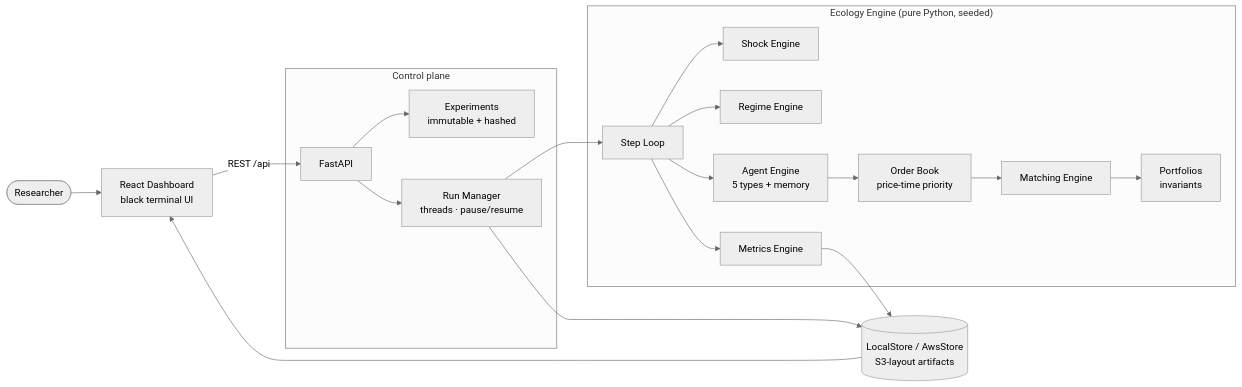
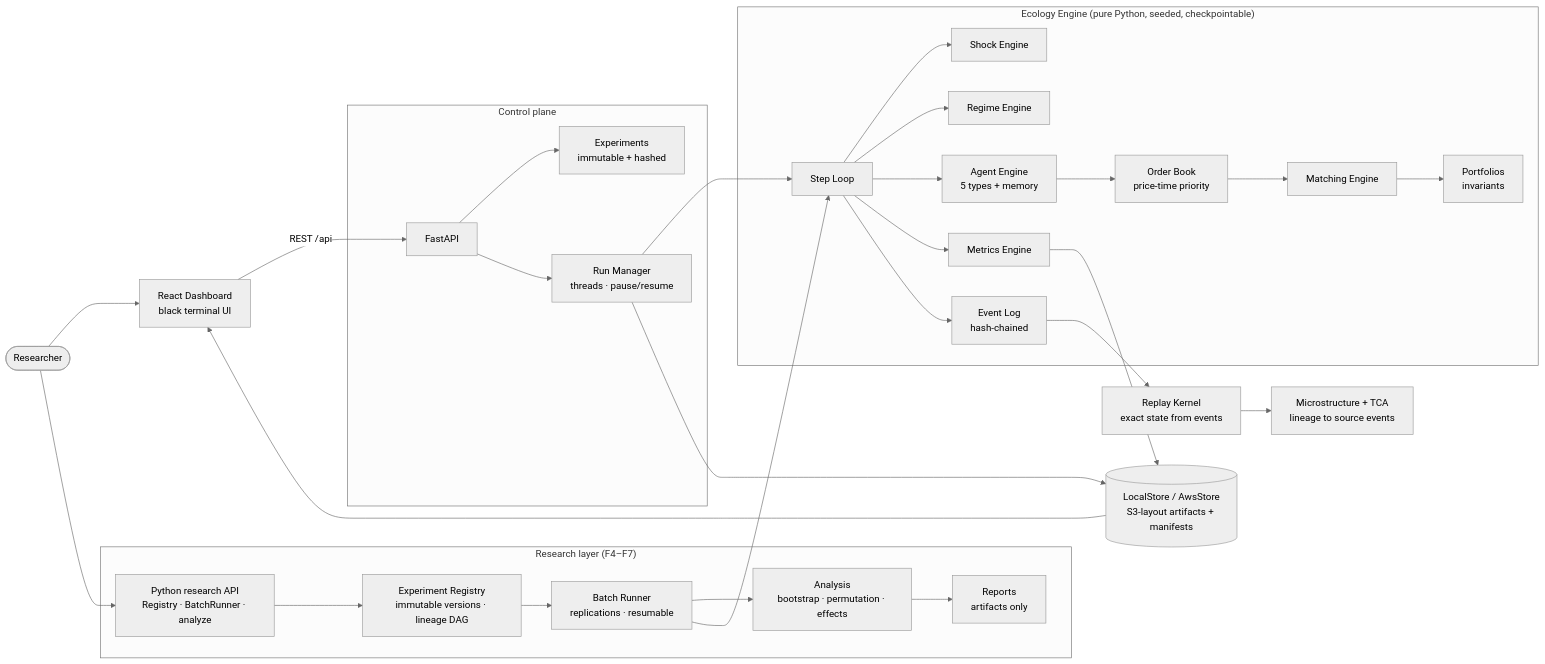
The diagram in README.md (satvikndxd/Tezcat), drawn with Mermaid (neutral theme) before and after one commit. The commit also changed other lines of this file, not shown here.

First line of the commit message:
Overhaul README for the F1-F7 research platform

````diff
--- a/README.md
+++ b/README.md
@@ -113,25 +161,37 @@
 ```mermaid
 flowchart LR
     User([Researcher]) --> FE["React Dashboard<br/>black terminal UI"]
+    User --> PY["Python research API<br/>Registry · BatchRunner · analyze"]
     FE -->|REST /api| API[FastAPI]
+
+    subgraph Research["Research layer (F4–F7)"]
+        PY --> REG["Experiment Registry<br/>immutable versions · lineage DAG"]
+        REG --> BATCH["Batch Runner<br/>replications · resumable"]
+        BATCH --> ANA["Analysis<br/>bootstrap · permutation · effects"]
+        ANA --> REP["Reports<br/>artifacts only"]
+    end
 
     subgraph Laboratory["Control plane"]
         API --> EXP["Experiments<br/>immutable + hashed"]
         API --> RUNS["Run Manager<br/>threads · pause/resume"]
     end
 
-    subgraph Engine["Ecology Engine (pure Python, seeded)"]
+    subgraph Engine["Ecology Engine (pure Python, seeded, checkpointable)"]
         RUNS --> LOOP[Step Loop]
+        BATCH --> LOOP
         LOOP --> SHK[Shock Engine]
         LOOP --> RGM[Regime Engine]
         LOOP --> AGT["Agent Engine<br/>5 types + memory"]
         AGT --> BOOK["Order Book<br/>price-time priority"]
         BOOK --> MATCH[Matching Engine]
         MATCH --> PF["Portfolios<br/>invariants"]
         LOOP --> MET[Metrics Engine]
+        LOOP --> EVT["Event Log<br/>hash-chained"]
     end
 
-    MET --> STORE[("LocalStore / AwsStore<br/>S3-layout artifacts")]
+    EVT --> REPLAY["Replay Kernel<br/>exact state from events"]
+    REPLAY --> MICRO["Microstructure + TCA<br/>lineage to source events"]
+    MET --> STORE[("LocalStore / AwsStore<br/>S3-layout artifacts + manifests")]
     RUNS --> STORE
     STORE --> FE
 ```
````
